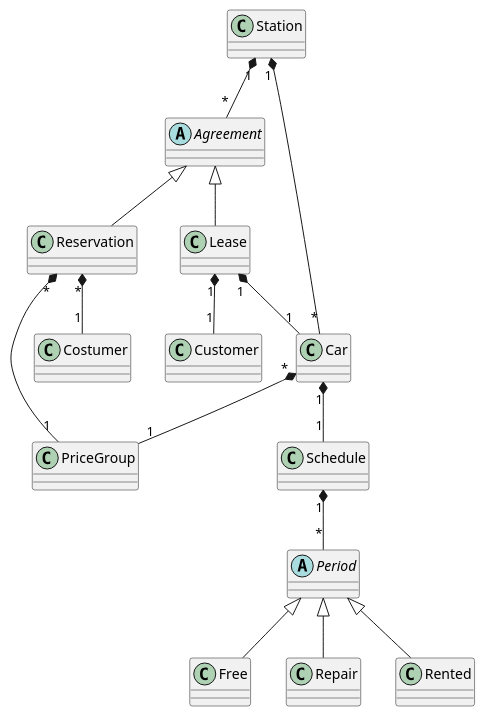
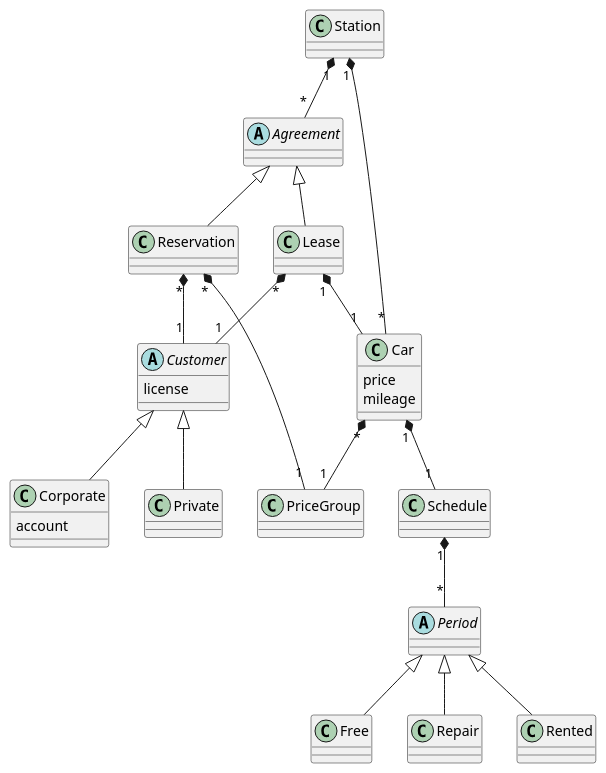
The first of 4 diagrams in kajs_cars/kajs_cars.md (BenjaminCB/su), drawn with PlantUML before and after one commit. The commit also changed other lines of this file and 9 other files, not shown here.

````diff
--- a/kajs_cars/kajs_cars.md
+++ b/kajs_cars/kajs_cars.md
@@ -92,35 +54,52 @@
 ```plantuml
+abstract class Agreement
+class Lease
+class Reservation
+
+class Station
+abstract class Customer
+{
+    license
+}
+class Private
+class Corporate
+{
+    account
+}
+
+class Car
+{
+    price
+    mileage
+}
+
+class PriceGroup
 class Schedule
 abstract class Period
 class Free
 class Repair
 class Rented
 
 Schedule "1" *-- "*" Period
 Period <|-- Free
 Period <|-- Repair
 Period <|-- Rented
 
-abstract class Agreement
-class Lease
-class Reservation
-
 Agreement <|-- Lease
 Agreement <|-- Reservation
 
-class Station
-class Car
-class PriceGroup
-class Customer
 
 Station "1" *-- "*" Car
 Station "1" *-- "*" Agreement
 Car "1" *-- "1" Schedule
 Car "*" *-- "1" PriceGroup
 
-Reservation "*" *-- "1" Costumer
+Reservation "*" *-- "1" Customer
 Reservation "*" *-- "1" PriceGroup
 
-Lease "1" *-- "1" Customer
+Customer <|-- Private
+Customer <|-- Corporate
+
+Lease "*" *-- "1" Customer
 Lease "1" *-- "1" Car
 ```
````
